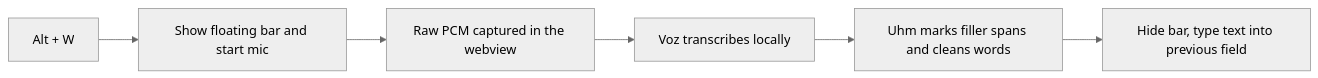
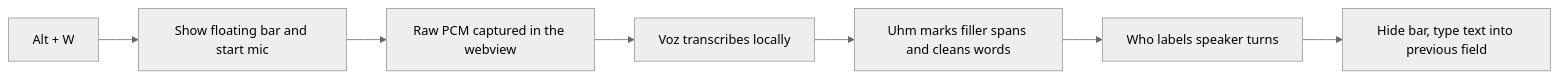
Before and after one commit to UmerAalam/wisprtype: the diagram in README.md, drawn with Mermaid (neutral theme). The commit also changed other lines of this file and 7 other files, not shown here.

````diff
--- a/README.md
+++ b/README.md
@@ -19,8 +20,9 @@
 ```mermaid
 flowchart LR
   A[Alt + W] --> B[Show floating bar and start mic]
   B --> C[Raw PCM captured in the webview]
   C --> D[Voz transcribes locally]
   D --> E[Uhm marks filler spans and cleans words]
-  E --> F[Hide bar, type text into previous field]
+  E --> G[Who labels speaker turns]
+  G --> F[Hide bar, type text into previous field]
 ```
````
